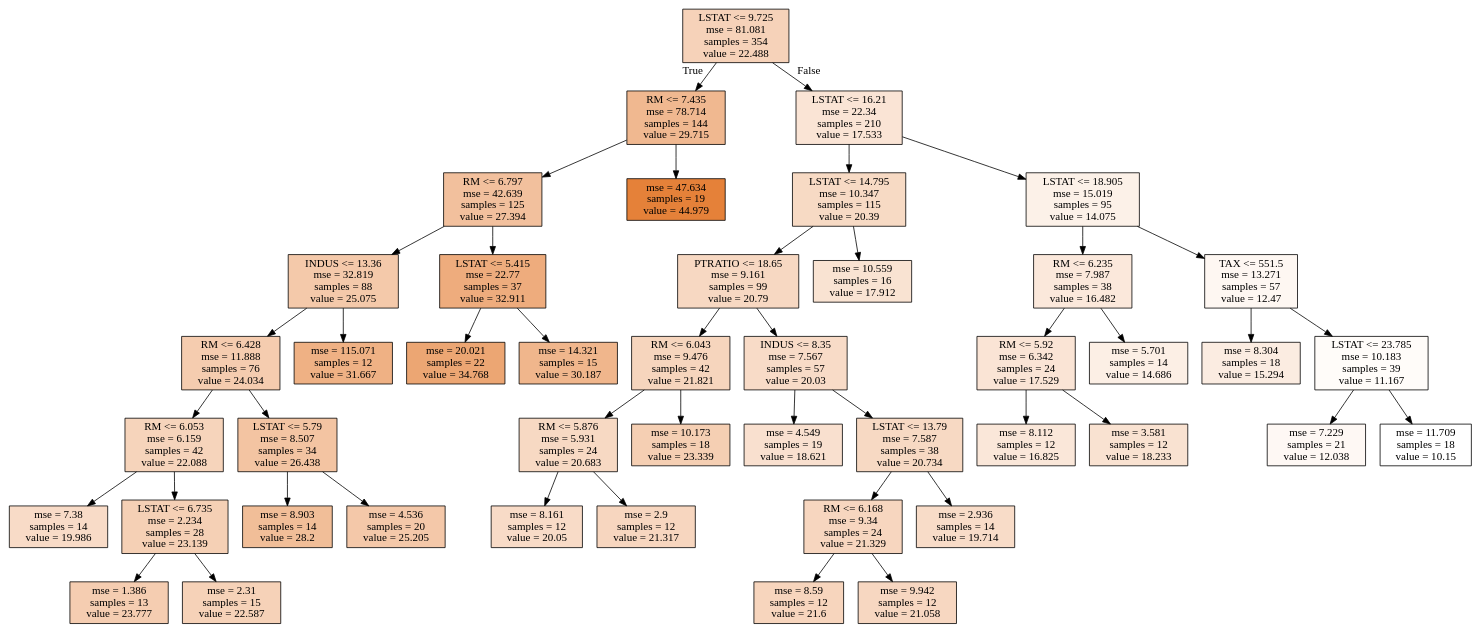
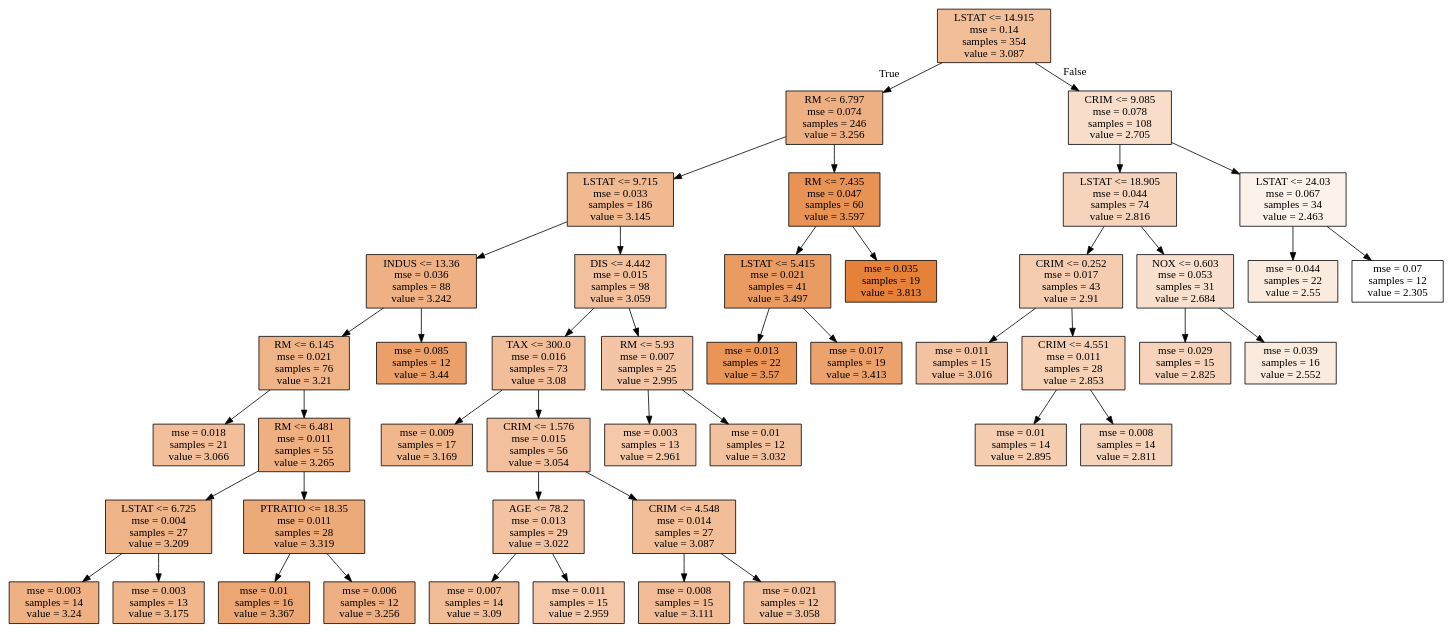
Before and after one commit to wonbae/data-analytics: the diagram in tree_leaf_A.dot, drawn with Graphviz. The commit also changed 7 other files, not shown here.

```diff
--- a/tree_leaf_A.dot
+++ b/tree_leaf_A.dot
@@ -1,92 +1,92 @@
 digraph Tree {
 node [shape=box, style="filled", color="black"] ;
-0 [label="LSTAT <= 9.725\nmse = 81.081\nsamples = 354\nvalue = 22.488", fillcolor="#e581395a"] ;
-1 [label="RM <= 7.435\nmse = 78.714\nsamples = 144\nvalue = 29.715", fillcolor="#e581398f"] ;
+0 [label="LSTAT <= 14.915\nmse = 0.14\nsamples = 354\nvalue = 3.087", fillcolor="#e5813984"] ;
+1 [label="RM <= 6.797\nmse = 0.074\nsamples = 246\nvalue = 3.256", fillcolor="#e58139a1"] ;
 0 -> 1 [labeldistance=2.5, labelangle=45, headlabel="True"] ;
-2 [label="RM <= 6.797\nmse = 42.639\nsamples = 125\nvalue = 27.394", fillcolor="#e581397e"] ;
+2 [label="LSTAT <= 9.715\nmse = 0.033\nsamples = 186\nvalue = 3.145", fillcolor="#e581398e"] ;
 1 -> 2 ;
-3 [label="INDUS <= 13.36\nmse = 32.819\nsamples = 88\nvalue = 25.075", fillcolor="#e581396d"] ;
+3 [label="INDUS <= 13.36\nmse = 0.036\nsamples = 88\nvalue = 3.242", fillcolor="#e581399e"] ;
 2 -> 3 ;
-4 [label="RM <= 6.428\nmse = 11.888\nsamples = 76\nvalue = 24.034", fillcolor="#e5813966"] ;
+4 [label="RM <= 6.145\nmse = 0.021\nsamples = 76\nvalue = 3.21", fillcolor="#e5813999"] ;
 3 -> 4 ;
-5 [label="RM <= 6.053\nmse = 6.159\nsamples = 42\nvalue = 22.088", fillcolor="#e5813957"] ;
+5 [label="mse = 0.018\nsamples = 21\nvalue = 3.066", fillcolor="#e5813981"] ;
 4 -> 5 ;
-6 [label="mse = 7.38\nsamples = 14\nvalue = 19.986", fillcolor="#e5813948"] ;
-5 -> 6 ;
-7 [label="LSTAT <= 6.735\nmse = 2.234\nsamples = 28\nvalue = 23.139", fillcolor="#e581395f"] ;
-5 -> 7 ;
-8 [label="mse = 1.386\nsamples = 13\nvalue = 23.777", fillcolor="#e5813964"] ;
+6 [label="RM <= 6.481\nmse = 0.011\nsamples = 55\nvalue = 3.265", fillcolor="#e58139a2"] ;
+4 -> 6 ;
+7 [label="LSTAT <= 6.725\nmse = 0.004\nsamples = 27\nvalue = 3.209", fillcolor="#e5813999"] ;
+6 -> 7 ;
+8 [label="mse = 0.003\nsamples = 14\nvalue = 3.24", fillcolor="#e581399e"] ;
 7 -> 8 ;
-9 [label="mse = 2.31\nsamples = 15\nvalue = 22.587", fillcolor="#e581395b"] ;
+9 [label="mse = 0.003\nsamples = 13\nvalue = 3.175", fillcolor="#e5813993"] ;
 7 -> 9 ;
-10 [label="LSTAT <= 5.79\nmse = 8.507\nsamples = 34\nvalue = 26.438", fillcolor="#e5813977"] ;
-4 -> 10 ;
-11 [label="mse = 8.903\nsamples = 14\nvalue = 28.2", fillcolor="#e5813984"] ;
+10 [label="PTRATIO <= 18.35\nmse = 0.011\nsamples = 28\nvalue = 3.319", fillcolor="#e58139ac"] ;
+6 -> 10 ;
+11 [label="mse = 0.01\nsamples = 16\nvalue = 3.367", fillcolor="#e58139b4"] ;
 10 -> 11 ;
-12 [label="mse = 4.536\nsamples = 20\nvalue = 25.205", fillcolor="#e581396e"] ;
+12 [label="mse = 0.006\nsamples = 12\nvalue = 3.256", fillcolor="#e58139a1"] ;
 10 -> 12 ;
-13 [label="mse = 115.071\nsamples = 12\nvalue = 31.667", fillcolor="#e581399e"] ;
+13 [label="mse = 0.085\nsamples = 12\nvalue = 3.44", fillcolor="#e58139c0"] ;
 3 -> 13 ;
-14 [label="LSTAT <= 5.415\nmse = 22.77\nsamples = 37\nvalue = 32.911", fillcolor="#e58139a7"] ;
+14 [label="DIS <= 4.442\nmse = 0.015\nsamples = 98\nvalue = 3.059", fillcolor="#e581397f"] ;
 2 -> 14 ;
-15 [label="mse = 20.021\nsamples = 22\nvalue = 34.768", fillcolor="#e58139b4"] ;
+15 [label="TAX <= 300.0\nmse = 0.016\nsamples = 73\nvalue = 3.08", fillcolor="#e5813983"] ;
 14 -> 15 ;
-16 [label="mse = 14.321\nsamples = 15\nvalue = 30.187", fillcolor="#e5813993"] ;
-14 -> 16 ;
-17 [label="mse = 47.634\nsamples = 19\nvalue = 44.979", fillcolor="#e58139ff"] ;
-1 -> 17 ;
-18 [label="LSTAT <= 16.21\nmse = 22.34\nsamples = 210\nvalue = 17.533", fillcolor="#e5813936"] ;
-0 -> 18 [labeldistance=2.5, labelangle=-45, headlabel="False"] ;
-19 [label="LSTAT <= 14.795\nmse = 10.347\nsamples = 115\nvalue = 20.39", fillcolor="#e581394b"] ;
+16 [label="mse = 0.009\nsamples = 17\nvalue = 3.169", fillcolor="#e5813992"] ;
+15 -> 16 ;
+17 [label="CRIM <= 1.576\nmse = 0.015\nsamples = 56\nvalue = 3.054", fillcolor="#e581397f"] ;
+15 -> 17 ;
+18 [label="AGE <= 78.2\nmse = 0.013\nsamples = 29\nvalue = 3.022", fillcolor="#e5813979"] ;
+17 -> 18 ;
+19 [label="mse = 0.007\nsamples = 14\nvalue = 3.09", fillcolor="#e5813985"] ;
 18 -> 19 ;
-20 [label="PTRATIO <= 18.65\nmse = 9.161\nsamples = 99\nvalue = 20.79", fillcolor="#e581394e"] ;
-19 -> 20 ;
-21 [label="RM <= 6.043\nmse = 9.476\nsamples = 42\nvalue = 21.821", fillcolor="#e5813955"] ;
-20 -> 21 ;
-22 [label="RM <= 5.876\nmse = 5.931\nsamples = 24\nvalue = 20.683", fillcolor="#e581394d"] ;
+20 [label="mse = 0.011\nsamples = 15\nvalue = 2.959", fillcolor="#e581396f"] ;
+18 -> 20 ;
+21 [label="CRIM <= 4.548\nmse = 0.014\nsamples = 27\nvalue = 3.087", fillcolor="#e5813984"] ;
+17 -> 21 ;
+22 [label="mse = 0.008\nsamples = 15\nvalue = 3.111", fillcolor="#e5813988"] ;
 21 -> 22 ;
-23 [label="mse = 8.161\nsamples = 12\nvalue = 20.05", fillcolor="#e5813948"] ;
-22 -> 23 ;
-24 [label="mse = 2.9\nsamples = 12\nvalue = 21.317", fillcolor="#e5813952"] ;
-22 -> 24 ;
-25 [label="mse = 10.173\nsamples = 18\nvalue = 23.339", fillcolor="#e5813961"] ;
-21 -> 25 ;
-26 [label="INDUS <= 8.35\nmse = 7.567\nsamples = 57\nvalue = 20.03", fillcolor="#e5813948"] ;
-20 -> 26 ;
-27 [label="mse = 4.549\nsamples = 19\nvalue = 18.621", fillcolor="#e581393e"] ;
-26 -> 27 ;
-28 [label="LSTAT <= 13.79\nmse = 7.587\nsamples = 38\nvalue = 20.734", fillcolor="#e581394d"] ;
-26 -> 28 ;
-29 [label="RM <= 6.168\nmse = 9.34\nsamples = 24\nvalue = 21.329", fillcolor="#e5813952"] ;
+23 [label="mse = 0.021\nsamples = 12\nvalue = 3.058", fillcolor="#e581397f"] ;
+21 -> 23 ;
+24 [label="RM <= 5.93\nmse = 0.007\nsamples = 25\nvalue = 2.995", fillcolor="#e5813975"] ;
+14 -> 24 ;
+25 [label="mse = 0.003\nsamples = 13\nvalue = 2.961", fillcolor="#e581396f"] ;
+24 -> 25 ;
+26 [label="mse = 0.01\nsamples = 12\nvalue = 3.032", fillcolor="#e581397b"] ;
+24 -> 26 ;
+27 [label="RM <= 7.435\nmse = 0.047\nsamples = 60\nvalue = 3.597", fillcolor="#e58139db"] ;
+1 -> 27 ;
+28 [label="LSTAT <= 5.415\nmse = 0.021\nsamples = 41\nvalue = 3.497", fillcolor="#e58139ca"] ;
+27 -> 28 ;
+29 [label="mse = 0.013\nsamples = 22\nvalue = 3.57", fillcolor="#e58139d6"] ;
 28 -> 29 ;
-30 [label="mse = 8.59\nsamples = 12\nvalue = 21.6", fillcolor="#e5813954"] ;
-29 -> 30 ;
-31 [label="mse = 9.942\nsamples = 12\nvalue = 21.058", fillcolor="#e5813950"] ;
-29 -> 31 ;
-32 [label="mse = 2.936\nsamples = 14\nvalue = 19.714", fillcolor="#e5813946"] ;
-28 -> 32 ;
-33 [label="mse = 10.559\nsamples = 16\nvalue = 17.912", fillcolor="#e5813939"] ;
-19 -> 33 ;
-34 [label="LSTAT <= 18.905\nmse = 15.019\nsamples = 95\nvalue = 14.075", fillcolor="#e581391d"] ;
-18 -> 34 ;
-35 [label="RM <= 6.235\nmse = 7.987\nsamples = 38\nvalue = 16.482", fillcolor="#e581392e"] ;
+30 [label="mse = 0.017\nsamples = 19\nvalue = 3.413", fillcolor="#e58139bb"] ;
+28 -> 30 ;
+31 [label="mse = 0.035\nsamples = 19\nvalue = 3.813", fillcolor="#e58139ff"] ;
+27 -> 31 ;
+32 [label="CRIM <= 9.085\nmse = 0.078\nsamples = 108\nvalue = 2.705", fillcolor="#e5813944"] ;
+0 -> 32 [labeldistance=2.5, labelangle=-45, headlabel="False"] ;
+33 [label="LSTAT <= 18.905\nmse = 0.044\nsamples = 74\nvalue = 2.816", fillcolor="#e5813956"] ;
+32 -> 33 ;
+34 [label="CRIM <= 0.252\nmse = 0.017\nsamples = 43\nvalue = 2.91", fillcolor="#e5813966"] ;
+33 -> 34 ;
+35 [label="mse = 0.011\nsamples = 15\nvalue = 3.016", fillcolor="#e5813978"] ;
 34 -> 35 ;
-36 [label="RM <= 5.92\nmse = 6.342\nsamples = 24\nvalue = 17.529", fillcolor="#e5813936"] ;
-35 -> 36 ;
-37 [label="mse = 8.112\nsamples = 12\nvalue = 16.825", fillcolor="#e5813931"] ;
+36 [label="CRIM <= 4.551\nmse = 0.011\nsamples = 28\nvalue = 2.853", fillcolor="#e581395d"] ;
+34 -> 36 ;
+37 [label="mse = 0.01\nsamples = 14\nvalue = 2.895", fillcolor="#e5813964"] ;
 36 -> 37 ;
-38 [label="mse = 3.581\nsamples = 12\nvalue = 18.233", fillcolor="#e581393b"] ;
+38 [label="mse = 0.008\nsamples = 14\nvalue = 2.811", fillcolor="#e5813956"] ;
 36 -> 38 ;
-39 [label="mse = 5.701\nsamples = 14\nvalue = 14.686", fillcolor="#e5813921"] ;
-35 -> 39 ;
-40 [label="TAX <= 551.5\nmse = 13.271\nsamples = 57\nvalue = 12.47", fillcolor="#e5813911"] ;
-34 -> 40 ;
-41 [label="mse = 8.304\nsamples = 18\nvalue = 15.294", fillcolor="#e5813926"] ;
-40 -> 41 ;
-42 [label="LSTAT <= 23.785\nmse = 10.183\nsamples = 39\nvalue = 11.167", fillcolor="#e5813907"] ;
-40 -> 42 ;
-43 [label="mse = 7.229\nsamples = 21\nvalue = 12.038", fillcolor="#e581390e"] ;
+39 [label="NOX <= 0.603\nmse = 0.053\nsamples = 31\nvalue = 2.684", fillcolor="#e5813940"] ;
+33 -> 39 ;
+40 [label="mse = 0.029\nsamples = 15\nvalue = 2.825", fillcolor="#e5813958"] ;
+39 -> 40 ;
+41 [label="mse = 0.039\nsamples = 16\nvalue = 2.552", fillcolor="#e581392a"] ;
+39 -> 41 ;
+42 [label="LSTAT <= 24.03\nmse = 0.067\nsamples = 34\nvalue = 2.463", fillcolor="#e581391b"] ;
+32 -> 42 ;
+43 [label="mse = 0.044\nsamples = 22\nvalue = 2.55", fillcolor="#e5813929"] ;
 42 -> 43 ;
-44 [label="mse = 11.709\nsamples = 18\nvalue = 10.15", fillcolor="#e5813900"] ;
+44 [label="mse = 0.07\nsamples = 12\nvalue = 2.305", fillcolor="#e5813900"] ;
 42 -> 44 ;
 }
```
